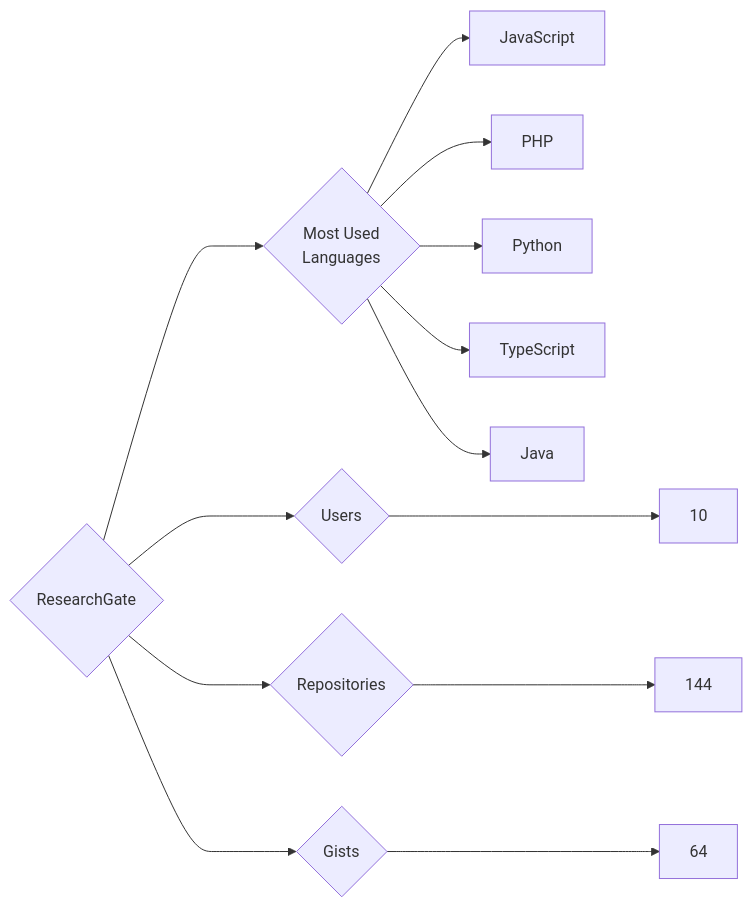
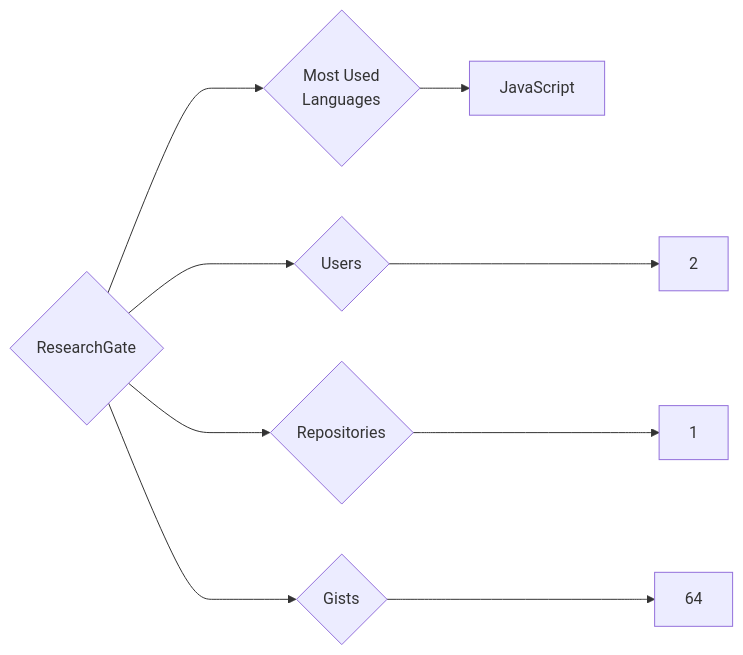
Before and after one commit to trickest/insiders: the diagram in targets/ResearchGate/README.md, drawn with Mermaid. The commit also changed 1496 other files, not shown here.

````diff
--- a/targets/ResearchGate/README.md
+++ b/targets/ResearchGate/README.md
@@ -3,13 +3,9 @@
 ```mermaid
 graph LR
 COMPANY_NAME{ResearchGate}
-COMPANY_NAME ---> U{Users} ---> UN[10]
-COMPANY_NAME ---> R{Repositories} ---> RN[144]
+COMPANY_NAME ---> U{Users} ---> UN[2]
+COMPANY_NAME ---> R{Repositories} ---> RN[1]
 COMPANY_NAME ---> G{Gists} ---> GN[64]
 COMPANY_NAME ---> ML{Most Used<br>Languages}
 ML --> JavaScript[JavaScript]
-ML --> PHP[PHP]
-ML --> Python[Python]
-ML --> TypeScript[TypeScript]
-ML --> Java[Java]
 ```
````
